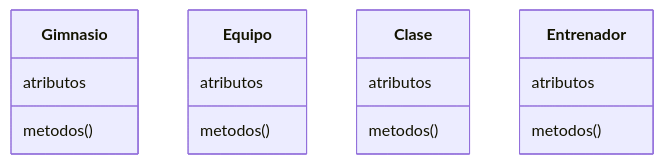
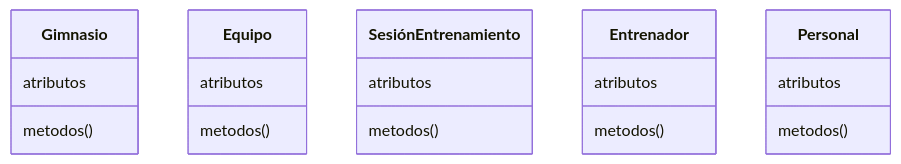
One commit to toonchavez8/Unir-Notes changed the first of 16 diagrams in Maestría-Ingeniería-de-Software/02-Metologias-Desarollo-y-Calidad/Actividades/Actividad_01_Miguel_DeJesus_Chavez_Barragan.md. Above: the diagram before and after it, drawn with Mermaid. The commit also changed other lines of this file and 3 other files, not shown here.

````diff
--- a/Maestría-Ingeniería-de-Software/02-Metologias-Desarollo-y-Calidad/Actividades/Actividad_01_Miguel_DeJesus_Chavez_Barragan.md
+++ b/Maestría-Ingeniería-de-Software/02-Metologias-Desarollo-y-Calidad/Actividades/Actividad_01_Miguel_DeJesus_Chavez_Barragan.md
@@ -25,20 +21,24 @@
 ```mermaid
 
 classDiagram
  class Gimnasio {
   atributos
   metodos()
  }
  class Equipo {
   atributos
   metodos()
  }
- class Clase {
+ class SesiónEntrenamiento {
   atributos
   metodos()
  }
  class Entrenador {
   atributos
   metodos()
  }
+ class Personal {
+ atributos
+ metodos()
+}
 ```
````
